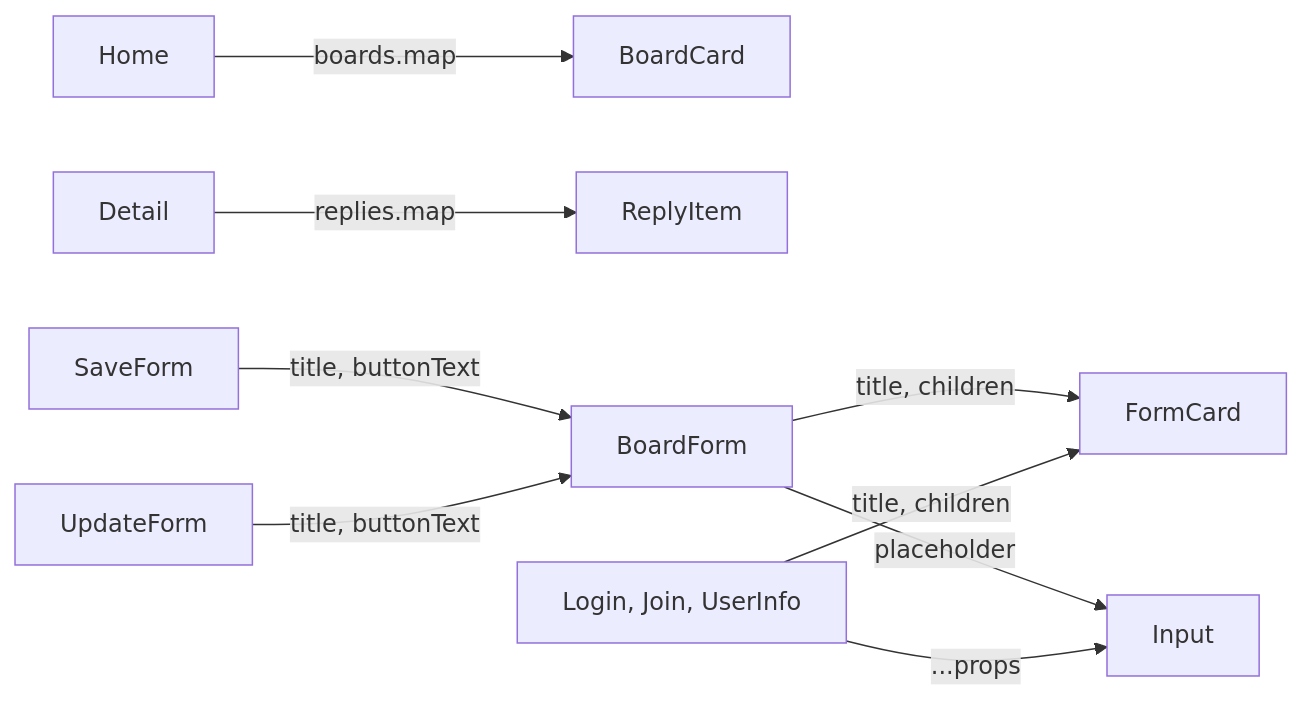
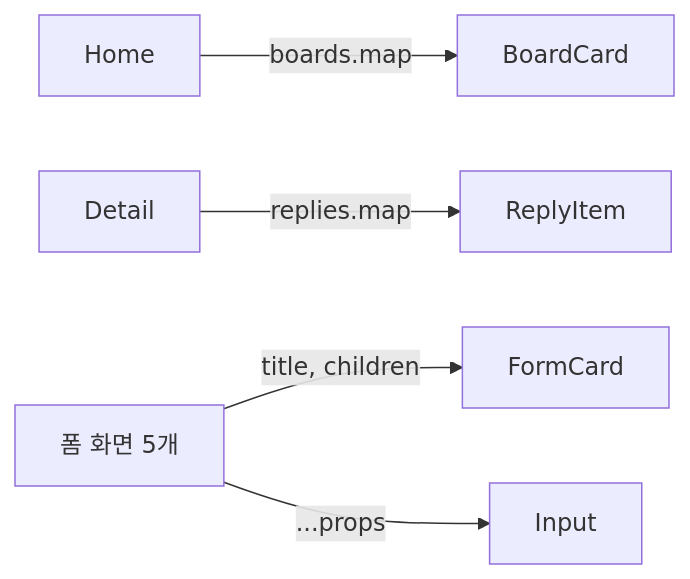
Before and after one commit to metakit-sorucecode/react-blog: the diagram in .projectcode/chapters/component-split/diagrams/flow.md, drawn with Mermaid. The commit also changed other lines of this file and 7 other files, not shown here.

````diff
--- a/.projectcode/chapters/component-split/diagrams/flow.md
+++ b/.projectcode/chapters/component-split/diagrams/flow.md
@@ -5,11 +6,7 @@
 ```mermaid
 flowchart LR
   H[Home] -->|"boards.map"| BC[BoardCard]
   D[Detail] -->|"replies.map"| RI[ReplyItem]
-  S[SaveForm] -->|"title, buttonText"| BF[BoardForm]
-  U[UpdateForm] -->|"title, buttonText"| BF
-  BF -->|"title, children"| FC[FormCard]
-  BF -->|"placeholder"| IN[Input]
-  F["Login, Join, UserInfo"] -->|"title, children"| FC
-  F -->|"...props"| IN
+  F[폼 화면 5개] -->|"title, children"| FC[FormCard]
+  F -->|"...props"| IN[Input]
 ```
````
